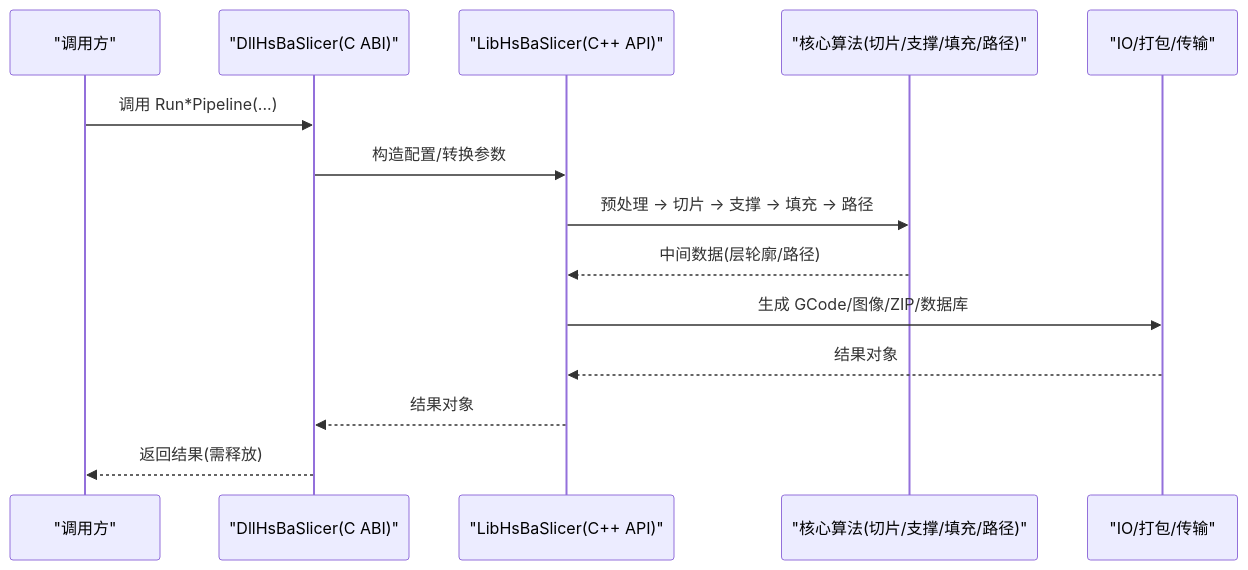
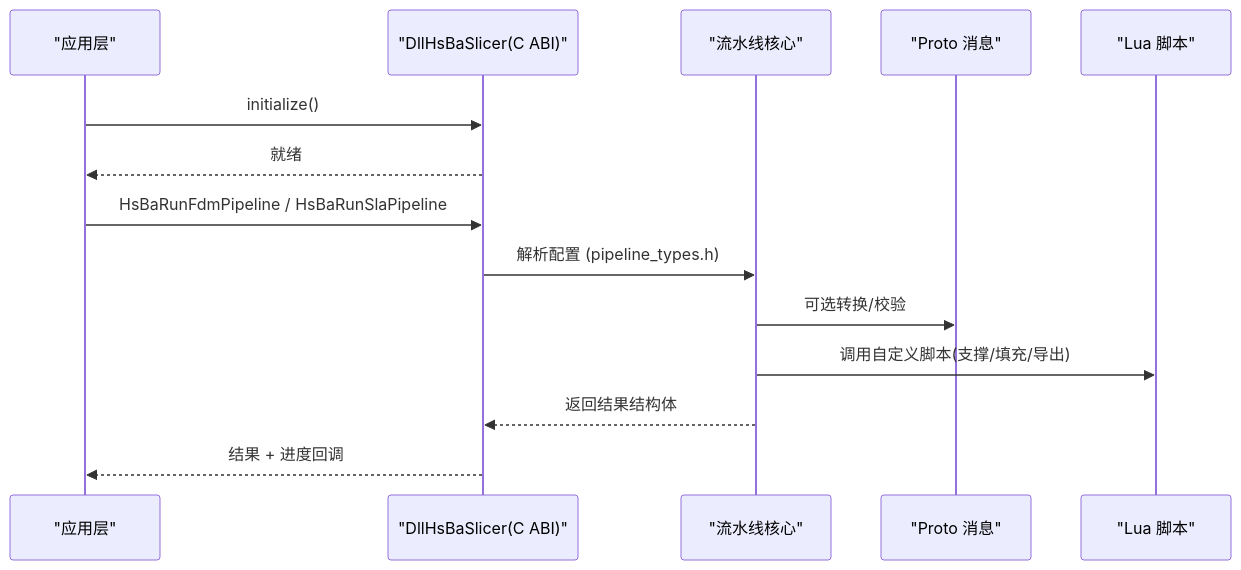
One commit to hsmbanlance/HsBaSlicer changed the third of 9 diagrams in .qoder/repowiki/zh/content/API 参考文档/API 参考文档.md. Above: the diagram before and after it, drawn with Mermaid. The commit also changed other lines of this file and 1135 other files, not shown here.

````diff
--- a/.qoder/repowiki/zh/content/API 参考文档/API 参考文档.md
+++ b/.qoder/repowiki/zh/content/API 参考文档/API 参考文档.md
@@ -99,16 +151,16 @@
 ```mermaid
 sequenceDiagram
-participant Caller as "调用方"
+participant App as "应用层"
 participant DLL as "DllHsBaSlicer(C ABI)"
-participant LIB as "LibHsBaSlicer(C++ API)"
-participant Core as "核心算法(切片/支撑/填充/路径)"
-participant IO as "IO/打包/传输"
-Caller->>DLL : 调用 Run*Pipeline(...)
-DLL->>LIB : 构造配置/转换参数
-LIB->>Core : 预处理 -> 切片 -> 支撑 -> 填充 -> 路径
-Core-->>LIB : 中间数据(层轮廓/路径)
-LIB->>IO : 生成 GCode/图像/ZIP/数据库
-IO-->>LIB : 结果对象
-LIB-->>DLL : 结果对象
-DLL-->>Caller : 返回结果(需释放)
+participant Core as "流水线核心"
+participant Proto as "Proto 消息"
+participant Lua as "Lua 脚本"
+App->>DLL : initialize()
+DLL-->>App : 就绪
+App->>DLL : HsBaRunFdmPipeline / HsBaRunSlaPipeline
+DLL->>Core : 解析配置 (pipeline_types.h)
+Core->>Proto : 可选转换/校验
+Core->>Lua : 调用自定义脚本(支撑/填充/导出)
+Core-->>DLL : 返回结果结构体
+DLL-->>App : 结果 + 进度回调
 ```
````
